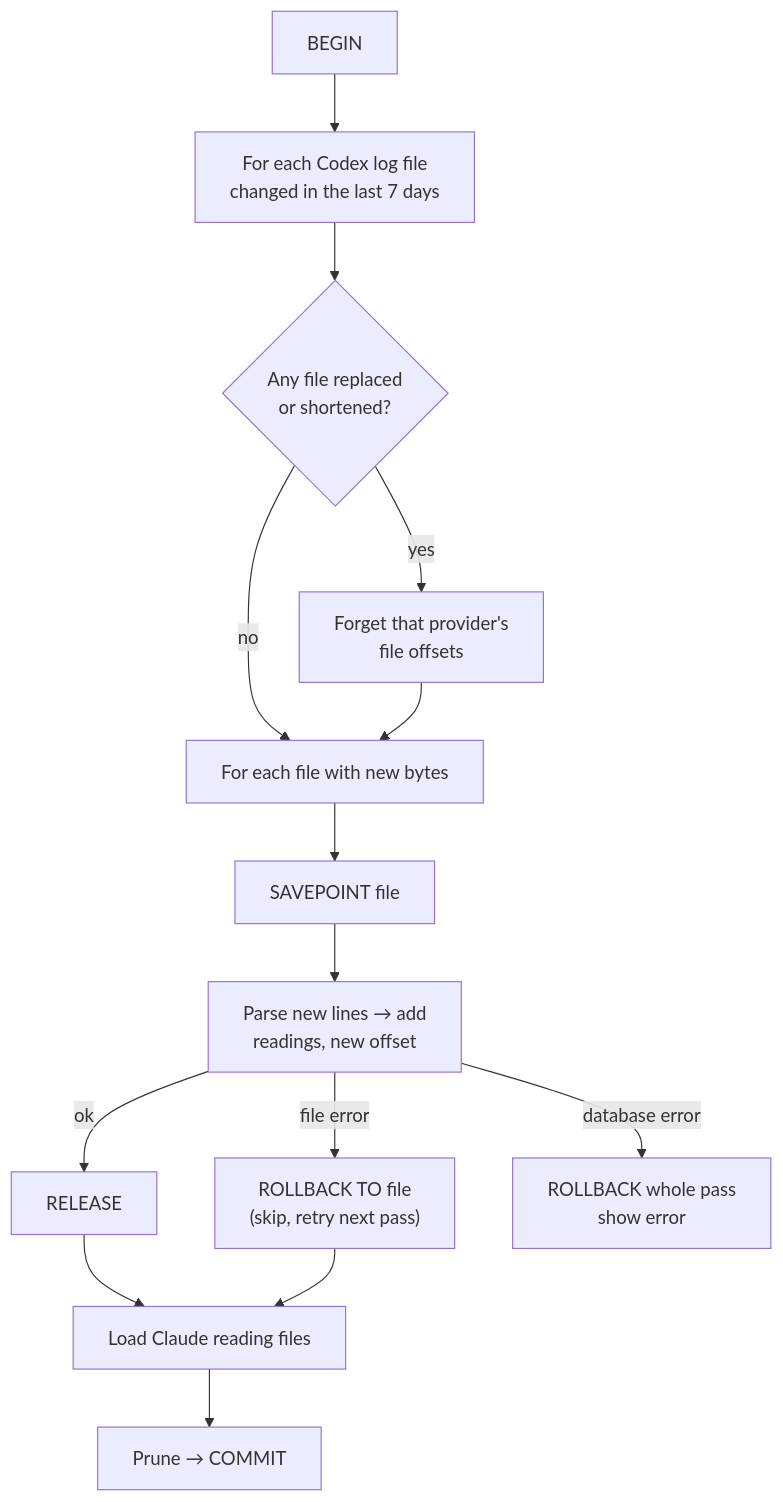
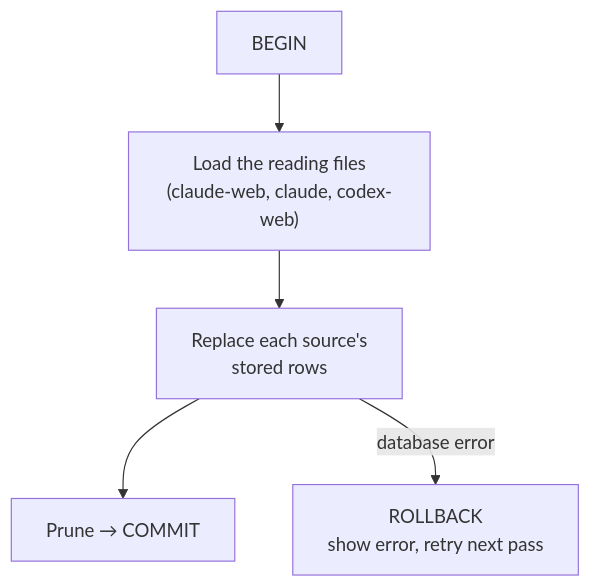
Before and after one commit to PrajwalSR/ai_usage_meter: the sixth of 6 diagrams in docs/ARCHITECTURE.md, drawn with Mermaid. The commit also changed other lines of this file and 24 other files, not shown here.

First line of the commit message:
Read ChatGPT usage only from chatgpt.com; stop reading Codex logs

````diff
--- a/docs/ARCHITECTURE.md
+++ b/docs/ARCHITECTURE.md
@@ -249,16 +244,7 @@
 ```mermaid
 flowchart TB
-    B["BEGIN"] --> F["For each Codex log file<br/>changed in the last 7 days"]
-    F --> RP{"Any file replaced<br/>or shortened?"}
-    RP -->|yes| RS["Forget that provider's<br/>file offsets"]
-    RP -->|no| EF
-    RS --> EF["For each file with new bytes"]
-    EF --> SP["SAVEPOINT file"]
-    SP --> PR["Parse new lines → add<br/>readings, new offset"]
-    PR -->|ok| RL["RELEASE"]
-    PR -->|"file error"| RB["ROLLBACK TO file<br/>(skip, retry next pass)"]
-    PR -->|"database error"| RA["ROLLBACK whole pass<br/>show error"]
-    RL --> CL["Load Claude reading files"]
-    RB --> CL
-    CL --> C["Prune → COMMIT"]
+    B["BEGIN"] --> CL["Load the reading files<br/>(claude-web, claude, codex-web)"]
+    CL --> RE["Replace each source's<br/>stored rows"]
+    RE --> C["Prune → COMMIT"]
+    RE -->|"database error"| RA["ROLLBACK<br/>show error, retry next pass"]
 ```
````
